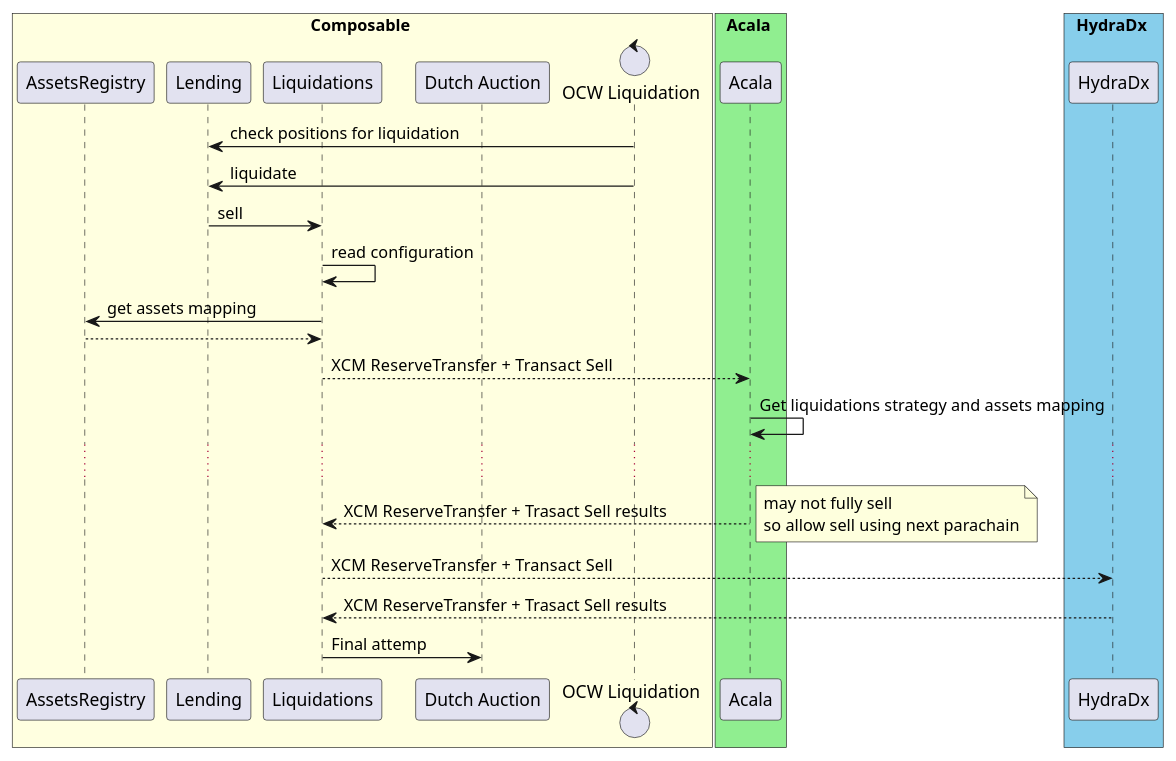
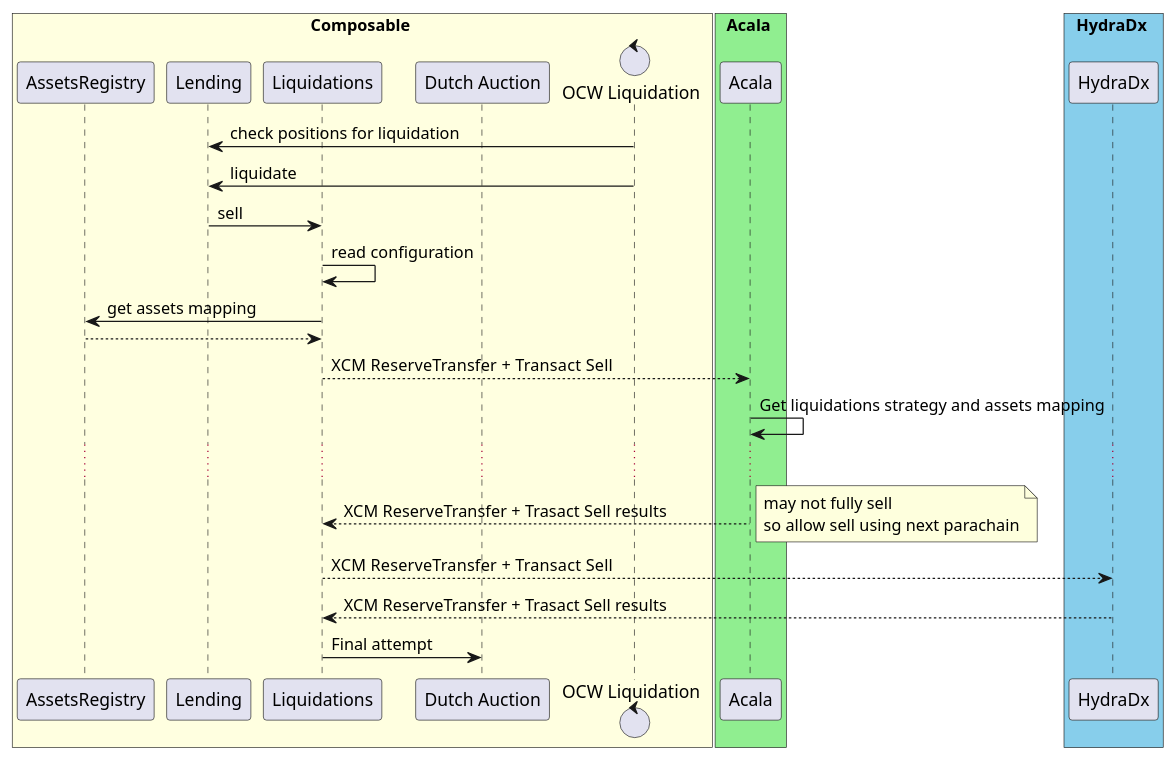
Before and after one commit to ComposableFi/composable: the diagram in frame/liquidations/liqudation.sequence.plantuml, drawn with PlantUML. The commit also changed 82 other files, not shown here.

```diff
--- a/frame/liquidations/liqudation.sequence.plantuml
+++ b/frame/liquidations/liqudation.sequence.plantuml
@@ -1,36 +1,36 @@
 @startuml
 
 box Composable #LightYellow
   participant "AssetsRegistry" as pallet_assets_registry
   participant "Lending" as pallet_lending
   participant "Liquidations" as pallet_liquidations
   participant "Dutch Auction" as pallet_dutch_action
   control "OCW Liquidation" as ocw_lending
 end box
 
 box Acala #LightGreen
   participant "Acala" as pallet_engine_acala
 end box
 
 box HydraDx #SkyBlue
   participant "HydraDx" as pallet_engine_hydra
 end box
 
 ocw_lending -> pallet_lending : check positions for liquidation
 ocw_lending -> pallet_lending : liquidate
 pallet_lending -> pallet_liquidations: sell
 pallet_liquidations -> pallet_liquidations: read configuration
 pallet_liquidations -> pallet_assets_registry: get assets mapping
 return
 pallet_liquidations --> pallet_engine_acala: XCM  ReserveTransfer + Transact Sell
 pallet_engine_acala -> pallet_engine_acala: Get liquidations strategy and assets mapping
 ...
 pallet_engine_acala --> pallet_liquidations: XCM ReserveTransfer + Trasact Sell results
 note right
   may not fully sell
   so allow sell using next parachain
 end note
 pallet_liquidations --> pallet_engine_hydra: XCM  ReserveTransfer + Transact Sell
 pallet_engine_hydra --> pallet_liquidations : XCM ReserveTransfer + Trasact Sell results
-pallet_liquidations -> pallet_dutch_action: Final attemp
+pallet_liquidations -> pallet_dutch_action: Final attempt
 @enduml
```
